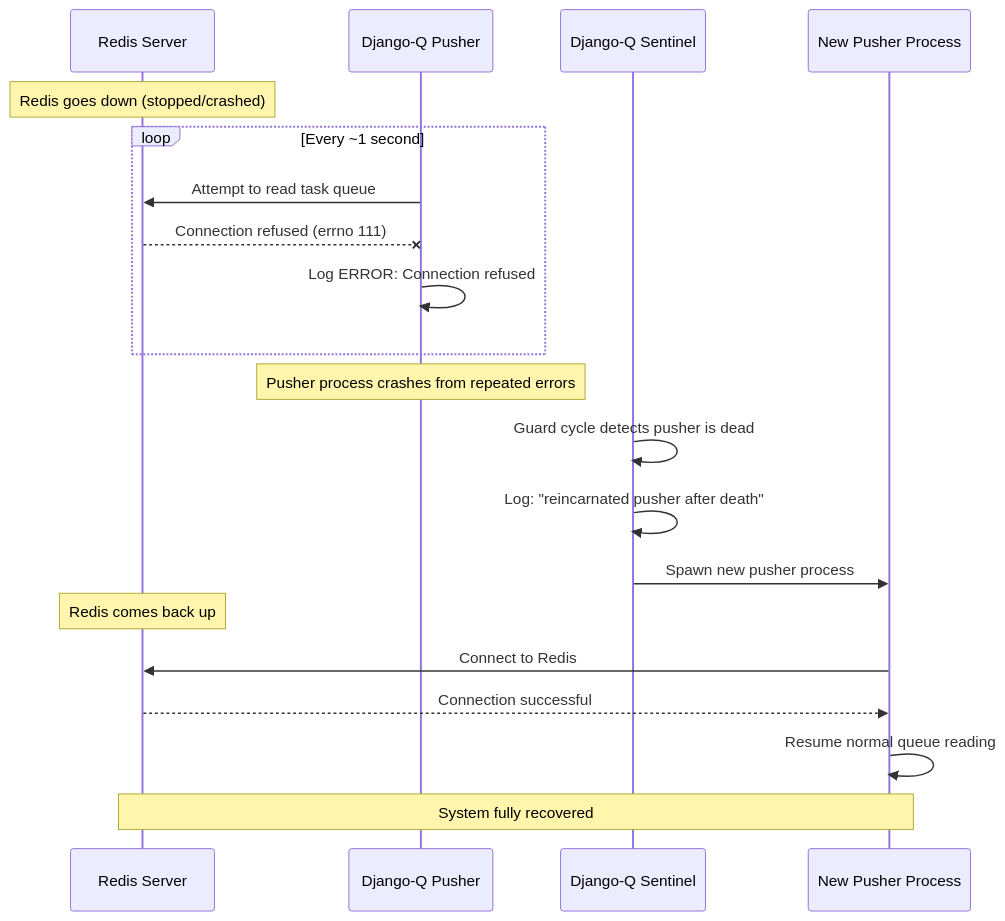
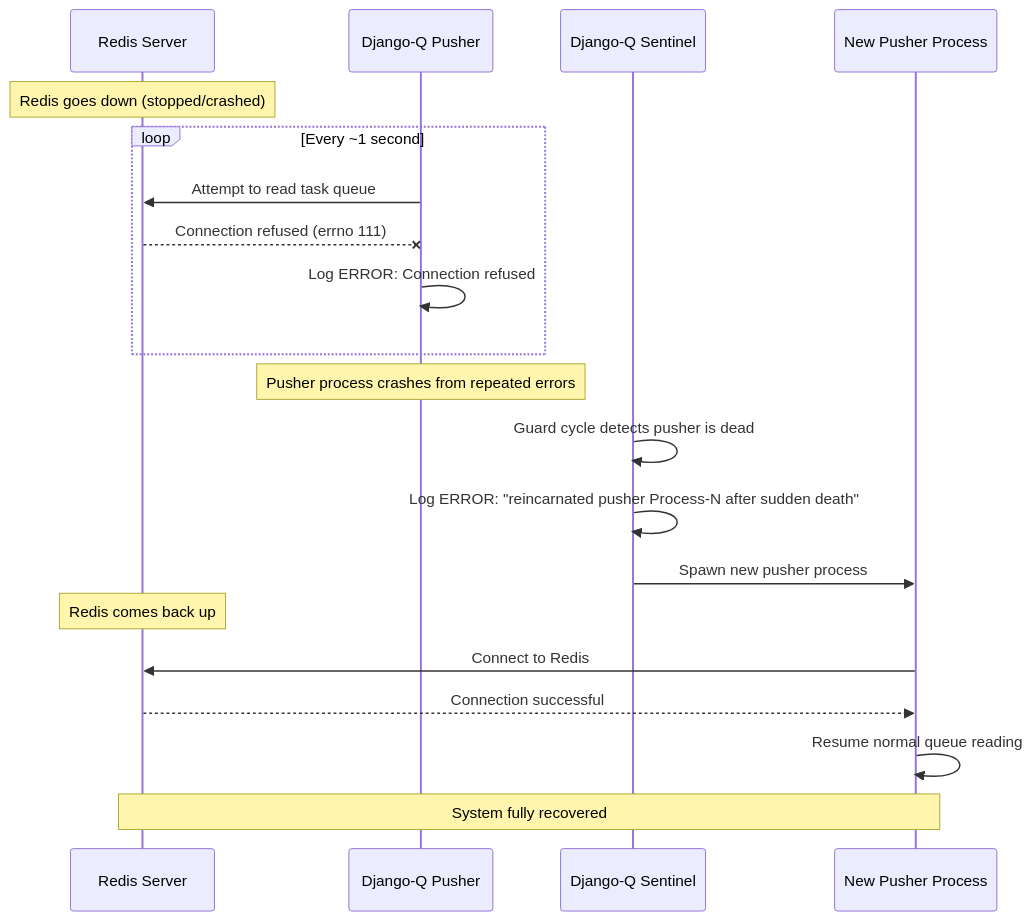
The fourth of 4 diagrams in blitzy/documentation/paperless-ngx_542221a38dff.md (blitzy-research/paperless-ngx), drawn with Mermaid before and after one commit. The commit also changed other lines of this file, not shown here.

First line of the commit message:
Fix 4 QA findings in documentation: correct Django-Q log format hallucinations

````diff
--- a/blitzy/documentation/paperless-ngx_542221a38dff.md
+++ b/blitzy/documentation/paperless-ngx_542221a38dff.md
@@ -995,29 +1020,29 @@
 ```mermaid
 sequenceDiagram
     participant RD as Redis Server
     participant PU as Django-Q Pusher
     participant SE as Django-Q Sentinel
     participant PU2 as New Pusher Process
 
     Note over RD: Redis goes down (stopped/crashed)
 
     loop Every ~1 second
         PU->>RD: Attempt to read task queue
         RD--xPU: Connection refused (errno 111)
         PU->>PU: Log ERROR: Connection refused
     end
 
     Note over PU: Pusher process crashes from repeated errors
 
     SE->>SE: Guard cycle detects pusher is dead
-    SE->>SE: Log: "reincarnated pusher after death"
+    SE->>SE: Log ERROR: "reincarnated pusher Process-N after sudden death"
     SE->>PU2: Spawn new pusher process
 
     Note over RD: Redis comes back up
 
     PU2->>RD: Connect to Redis
     RD-->>PU2: Connection successful
     PU2->>PU2: Resume normal queue reading
 
     Note over PU2,RD: System fully recovered
 ```
````
